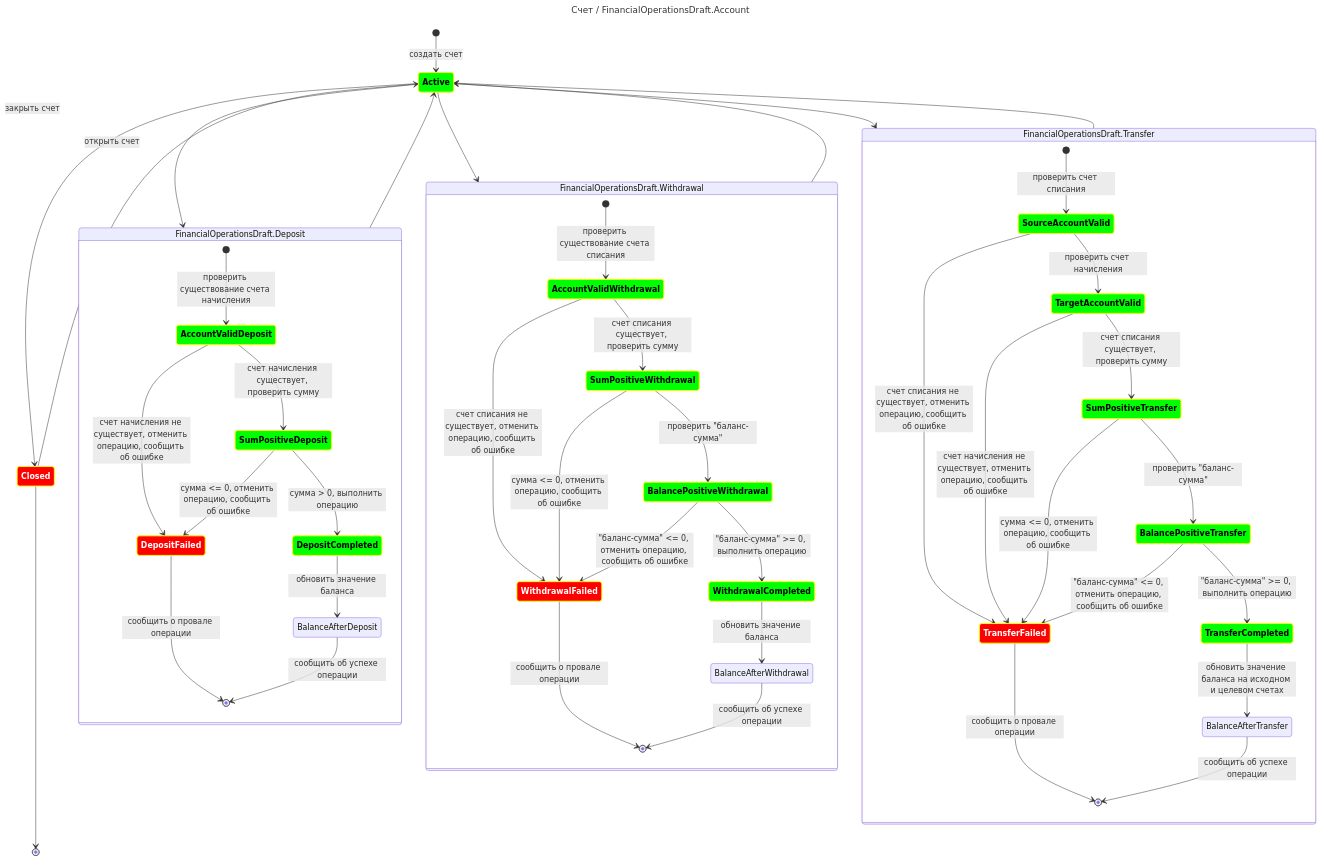
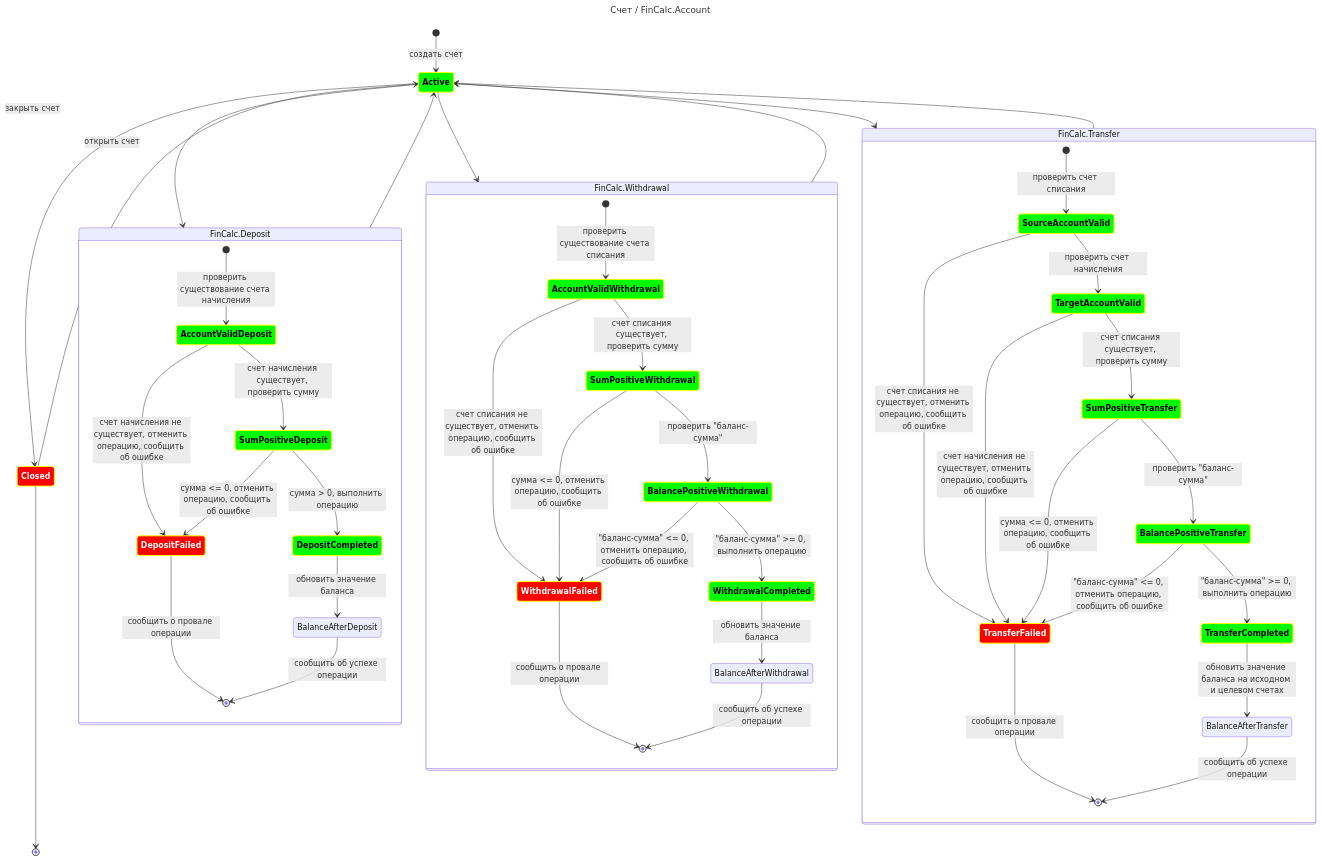
One commit to Nokhrin/silly_bus changed the diagram in oopJava/docs/uml/state-diagram-financial-entities.md. Above: the diagram before and after it, drawn with Mermaid. The commit also changed 116 other files, not shown here.

First line of the commit message:
Парсер команд FinCalc

````diff
--- a/oopJava/docs/uml/state-diagram-financial-entities.md
+++ b/oopJava/docs/uml/state-diagram-financial-entities.md
@@ -1,6 +1,6 @@
 ```mermaid
 ---
-title: Счет / FinancialOperationsDraft.Account
+title: Счет / FinCalc.Account
 ---
 
 stateDiagram-v2
@@ -13,10 +13,10 @@
     Closed --> Active : открыть счет
 
     %% Пополнение
-    Active --> FinancialOperationsDraft.Deposit
+    Active --> FinCalc.Deposit
 
     
-    state FinancialOperationsDraft.Deposit {
+    state FinCalc.Deposit {
         [*] --> AccountValidDeposit : проверить существование счета начисления
         AccountValidDeposit --> DepositFailed : счет начисления не существует, отменить операцию, сообщить об ошибке
 
@@ -29,15 +29,15 @@
 
         DepositFailed --> [*] : сообщить о провале операции
     }
-    FinancialOperationsDraft.Deposit --> Active
+    FinCalc.Deposit --> Active
 
 
     %% Снятие
-    Active --> FinancialOperationsDraft.Withdrawal
+    Active --> FinCalc.Withdrawal
     
 
     
-    state FinancialOperationsDraft.Withdrawal {
+    state FinCalc.Withdrawal {
         [*] --> AccountValidWithdrawal : проверить существование счета списания
         AccountValidWithdrawal --> WithdrawalFailed : счет списания не существует, отменить операцию, сообщить об ошибке
 
@@ -53,13 +53,13 @@
 
         WithdrawalFailed --> [*] : сообщить о провале операции
     }
-    FinancialOperationsDraft.Withdrawal --> Active
+    FinCalc.Withdrawal --> Active
 
 
     %% Перевод
-    Active --> FinancialOperationsDraft.Transfer
+    Active --> FinCalc.Transfer
     
-    state FinancialOperationsDraft.Transfer {
+    state FinCalc.Transfer {
 
         [*] --> SourceAccountValid : проверить счет списания
         SourceAccountValid --> TransferFailed : счет списания не существует, отменить операцию, сообщить об ошибке
@@ -81,7 +81,7 @@
         TransferFailed --> [*] : сообщить о провале операции
 
     }
-    FinancialOperationsDraft.Transfer --> Active
+    FinCalc.Transfer --> Active
 
 
     %% Стили
````
